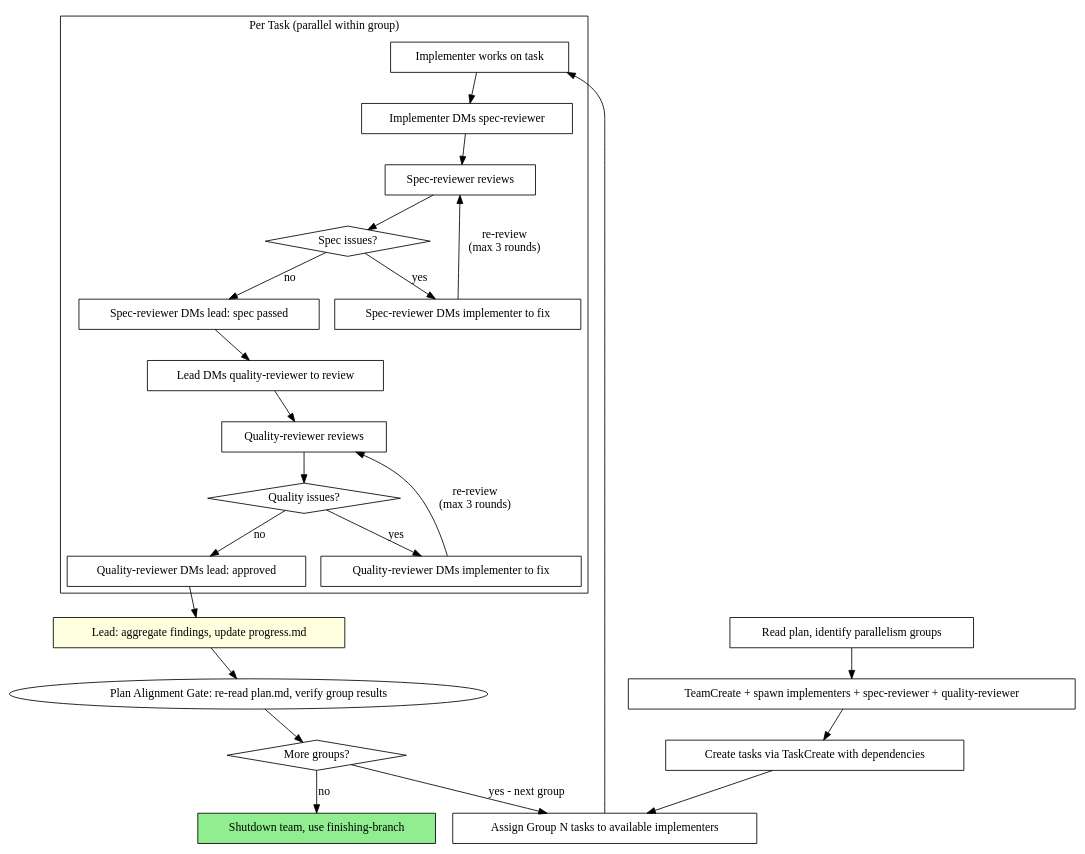
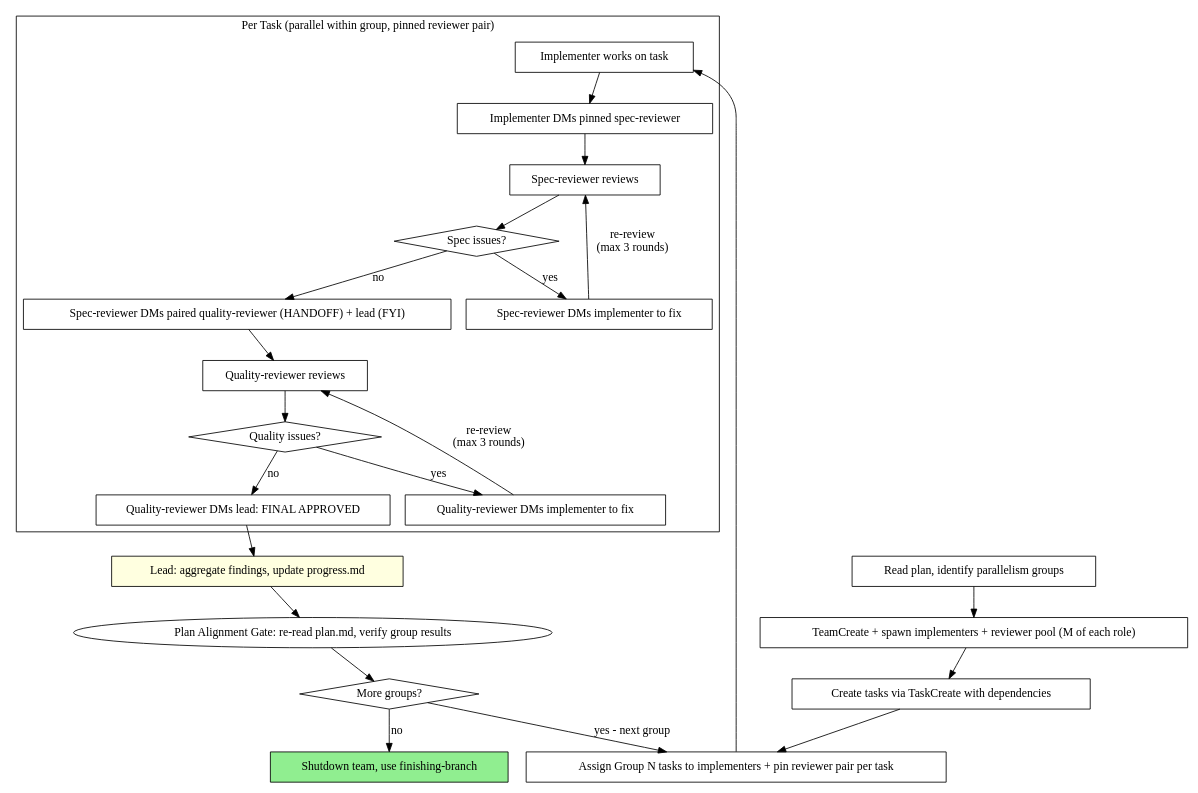
Before and after one commit to SipengXie2024/superpower-planning: the second of 2 diagrams in skills/team-driven/SKILL.md, drawn with Graphviz. The commit also changed other lines of this file and 4 other files, not shown here.

First line of the commit message:
feat: peer-to-peer reviewer handoff and opt-in reviewer scaling in team-driven

````diff
--- a/skills/team-driven/SKILL.md
+++ b/skills/team-driven/SKILL.md
@@ -98,51 +104,49 @@
 ```dot
 digraph process {
     rankdir=TB;
 
     "Read plan, identify parallelism groups" [shape=box];
-    "TeamCreate + spawn implementers + spec-reviewer + quality-reviewer" [shape=box];
+    "TeamCreate + spawn implementers + reviewer pool (M of each role)" [shape=box];
     "Create tasks via TaskCreate with dependencies" [shape=box];
-    "Assign Group N tasks to available implementers" [shape=box];
+    "Assign Group N tasks to implementers + pin reviewer pair per task" [shape=box];
 
     subgraph cluster_per_task {
-        label="Per Task (parallel within group)";
+        label="Per Task (parallel within group, pinned reviewer pair)";
         "Implementer works on task" [shape=box];
-        "Implementer DMs spec-reviewer" [shape=box];
+        "Implementer DMs pinned spec-reviewer" [shape=box];
         "Spec-reviewer reviews" [shape=box];
         "Spec issues?" [shape=diamond];
         "Spec-reviewer DMs implementer to fix" [shape=box];
-        "Spec-reviewer DMs lead: spec passed" [shape=box];
-        "Lead DMs quality-reviewer to review" [shape=box];
+        "Spec-reviewer DMs paired quality-reviewer (HANDOFF) + lead (FYI)" [shape=box];
         "Quality-reviewer reviews" [shape=box];
         "Quality issues?" [shape=diamond];
         "Quality-reviewer DMs implementer to fix" [shape=box];
-        "Quality-reviewer DMs lead: approved" [shape=box];
+        "Quality-reviewer DMs lead: FINAL APPROVED" [shape=box];
     }
 
     "Lead: aggregate findings, update progress.md" [shape=box style=filled fillcolor=lightyellow];
     "More groups?" [shape=diamond];
     "Shutdown team, use finishing-branch" [shape=box style=filled fillcolor=lightgreen];
 
-    "Read plan, identify parallelism groups" -> "TeamCreate + spawn implementers + spec-reviewer + quality-reviewer";
-    "TeamCreate + spawn implementers + spec-reviewer + quality-reviewer" -> "Create tasks via TaskCreate with dependencies";
-    "Create tasks via TaskCreate with dependencies" -> "Assign Group N tasks to available implementers";
-    "Assign Group N tasks to available implementers" -> "Implementer works on task";
-    "Implementer works on task" -> "Implementer DMs spec-reviewer";
-    "Implementer DMs spec-reviewer" -> "Spec-reviewer reviews";
+    "Read plan, identify parallelism groups" -> "TeamCreate + spawn implementers + reviewer pool (M of each role)";
+    "TeamCreate + spawn implementers + reviewer pool (M of each role)" -> "Create tasks via TaskCreate with dependencies";
+    "Create tasks via TaskCreate with dependencies" -> "Assign Group N tasks to implementers + pin reviewer pair per task";
+    "Assign Group N tasks to implementers + pin reviewer pair per task" -> "Implementer works on task";
+    "Implementer works on task" -> "Implementer DMs pinned spec-reviewer";
+    "Implementer DMs pinned spec-reviewer" -> "Spec-reviewer reviews";
     "Spec-reviewer reviews" -> "Spec issues?";
     "Spec issues?" -> "Spec-reviewer DMs implementer to fix" [label="yes"];
     "Spec-reviewer DMs implementer to fix" -> "Spec-reviewer reviews" [label="re-review\n(max 3 rounds)"];
-    "Spec issues?" -> "Spec-reviewer DMs lead: spec passed" [label="no"];
-    "Spec-reviewer DMs lead: spec passed" -> "Lead DMs quality-reviewer to review";
-    "Lead DMs quality-reviewer to review" -> "Quality-reviewer reviews";
+    "Spec issues?" -> "Spec-reviewer DMs paired quality-reviewer (HANDOFF) + lead (FYI)" [label="no"];
+    "Spec-reviewer DMs paired quality-reviewer (HANDOFF) + lead (FYI)" -> "Quality-reviewer reviews";
     "Quality-reviewer reviews" -> "Quality issues?";
     "Quality issues?" -> "Quality-reviewer DMs implementer to fix" [label="yes"];
     "Quality-reviewer DMs implementer to fix" -> "Quality-reviewer reviews" [label="re-review\n(max 3 rounds)"];
-    "Quality issues?" -> "Quality-reviewer DMs lead: approved" [label="no"];
-    "Quality-reviewer DMs lead: approved" -> "Lead: aggregate findings, update progress.md";
+    "Quality issues?" -> "Quality-reviewer DMs lead: FINAL APPROVED" [label="no"];
+    "Quality-reviewer DMs lead: FINAL APPROVED" -> "Lead: aggregate findings, update progress.md";
     "Lead: aggregate findings, update progress.md" -> "Plan Alignment Gate: re-read plan.md, verify group results";
     "Plan Alignment Gate: re-read plan.md, verify group results" -> "More groups?";
-    "More groups?" -> "Assign Group N tasks to available implementers" [label="yes - next group"];
+    "More groups?" -> "Assign Group N tasks to implementers + pin reviewer pair per task" [label="yes - next group"];
     "More groups?" -> "Shutdown team, use finishing-branch" [label="no"];
 }
 ```
````
